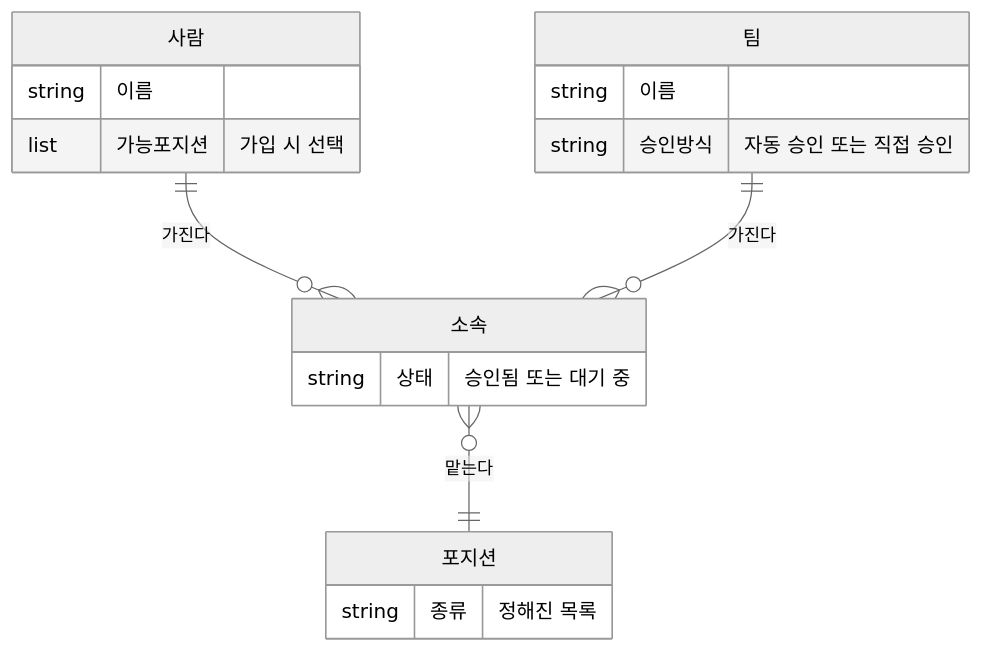
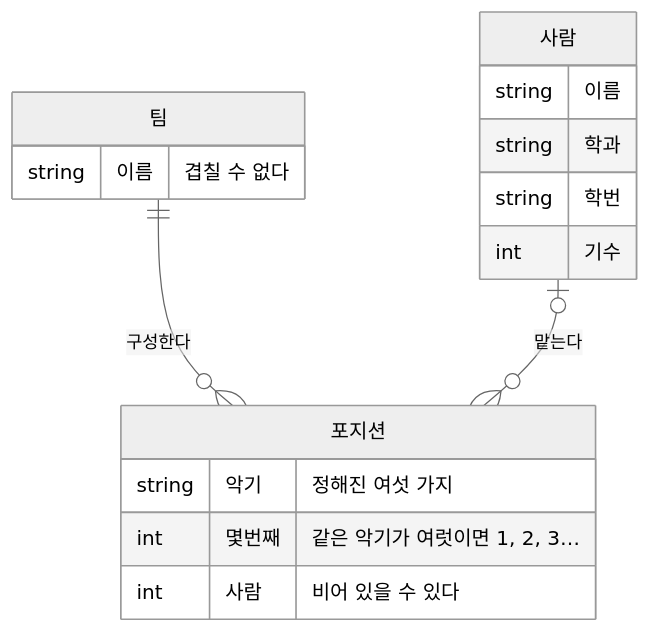
The diagram in .cluedoc/teams/README.md (minkong-dev/Banblit), drawn with Mermaid (neutral theme) before and after one commit. The commit also changed other lines of this file and 11 other files, not shown here.

````diff
--- a/.cluedoc/teams/README.md
+++ b/.cluedoc/teams/README.md
@@ -18,18 +18,19 @@
 ```mermaid
 erDiagram
-    사람 ||--o{ 소속 : "가진다"
-    팀 ||--o{ 소속 : "가진다"
-    소속 }o--|| 포지션 : "맡는다"
+    팀 ||--o{ 포지션 : "구성한다"
+    사람 |o--o{ 포지션 : "맡는다"
+    팀 {
+        string 이름 "겹칠 수 없다"
+    }
+    포지션 {
+        string 악기 "정해진 여섯 가지"
+        int 몇번째 "같은 악기가 여럿이면 1, 2, 3…"
+        int 사람 "비어 있을 수 있다"
+    }
     사람 {
         string 이름
-        list 가능포지션 "가입 시 선택"
+        string 학과
+        string 학번
+        int 기수
     }
-    팀 {
-        string 이름
-        string 승인방식 "자동 승인 또는 직접 승인"
-    }
-    소속 {
-        string 상태 "승인됨 또는 대기 중"
-    }
-    포지션 { string 종류 "정해진 목록" }
 ```
````
